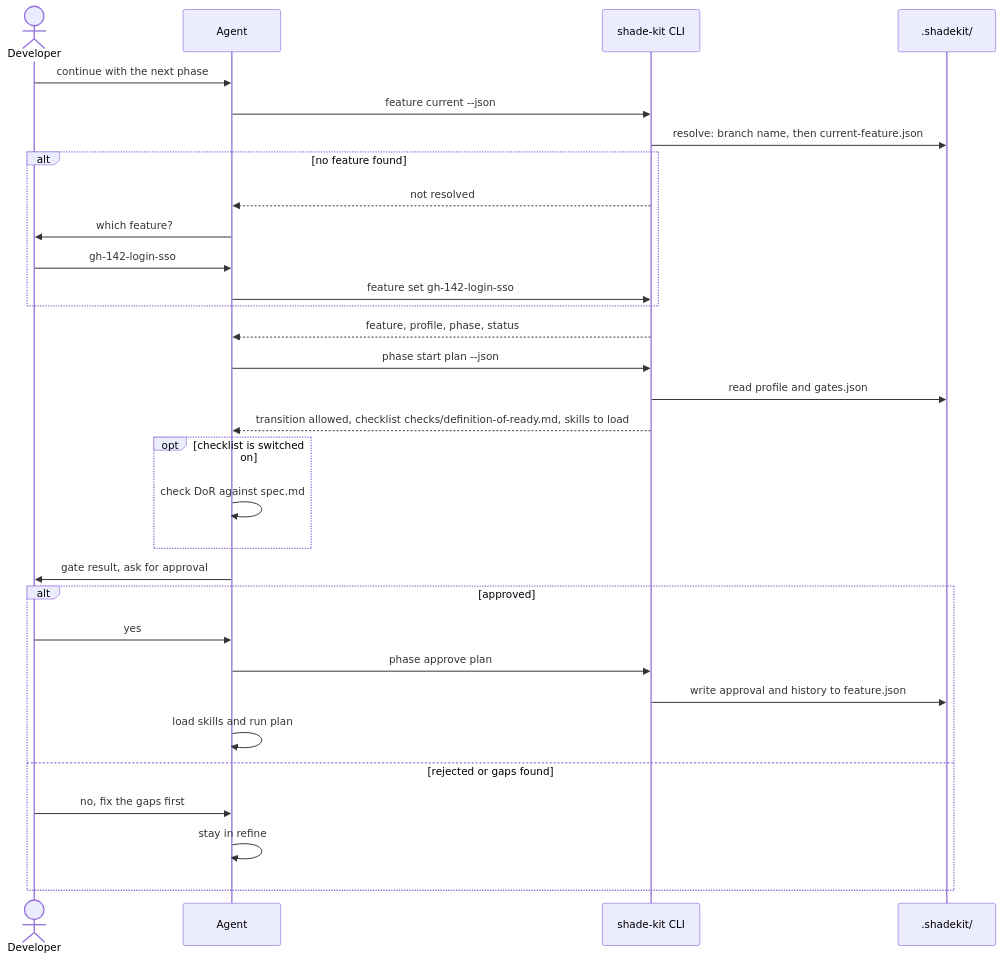
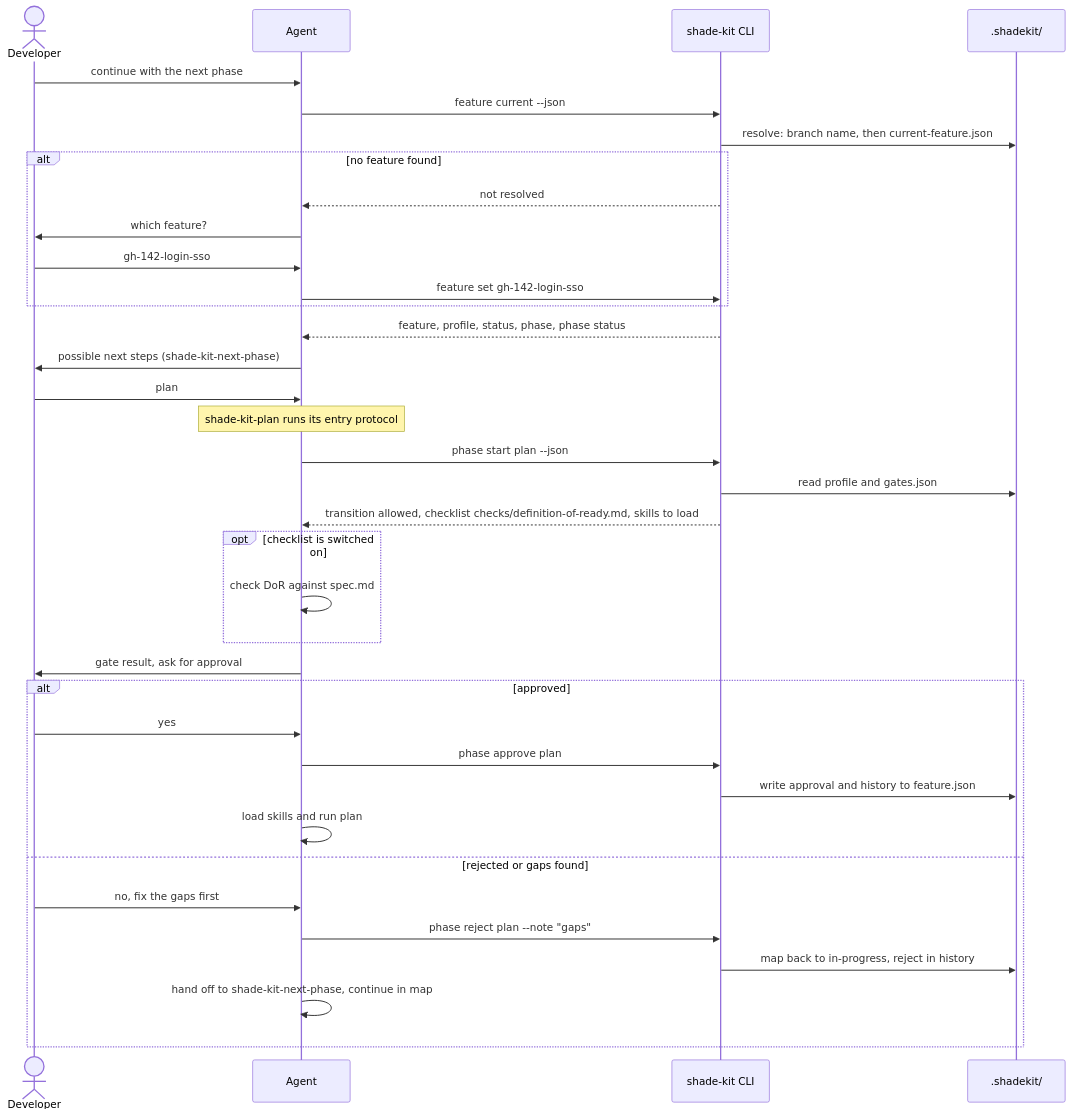
The fourth of 4 diagrams in research/shade-kit-concept.md (CreativeCodersTeam/shade-kit), drawn with Mermaid before and after one commit. The commit also changed other lines of this file and 42 other files, not shown here.

Commit message:
`refactor!: rename 'features' CLI group to 'feature'; update associated commands, options, tests, and documentation for consistency`

````diff
--- a/research/shade-kit-concept.md
+++ b/research/shade-kit-concept.md
@@ -413,34 +468,39 @@
 ```mermaid
 sequenceDiagram
     actor Dev as Developer
     participant Agent
     participant CLI as shade-kit CLI
     participant Store as .shadekit/
 
     Dev->>Agent: continue with the next phase
     Agent->>CLI: feature current --json
     CLI->>Store: resolve: branch name, then current-feature.json
     alt no feature found
         CLI-->>Agent: not resolved
         Agent->>Dev: which feature?
         Dev->>Agent: gh-142-login-sso
         Agent->>CLI: feature set gh-142-login-sso
     end
-    CLI-->>Agent: feature, profile, phase, status
+    CLI-->>Agent: feature, profile, status, phase, phase status
+    Agent->>Dev: possible next steps (shade-kit-next-phase)
+    Dev->>Agent: plan
+    Note over Agent: shade-kit-plan runs its entry protocol
     Agent->>CLI: phase start plan --json
     CLI->>Store: read profile and gates.json
     CLI-->>Agent: transition allowed, checklist checks/definition-of-ready.md, skills to load
     opt checklist is switched on
         Agent->>Agent: check DoR against spec.md
     end
     Agent->>Dev: gate result, ask for approval
     alt approved
         Dev->>Agent: yes
         Agent->>CLI: phase approve plan
         CLI->>Store: write approval and history to feature.json
         Agent->>Agent: load skills and run plan
     else rejected or gaps found
         Dev->>Agent: no, fix the gaps first
-        Agent->>Agent: stay in refine
+        Agent->>CLI: phase reject plan --note "gaps"
+        CLI->>Store: map back to in-progress, reject in history
+        Agent->>Agent: hand off to shade-kit-next-phase, continue in map
     end
 ```
````
